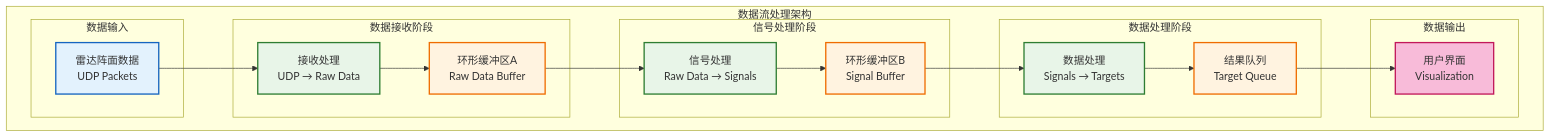
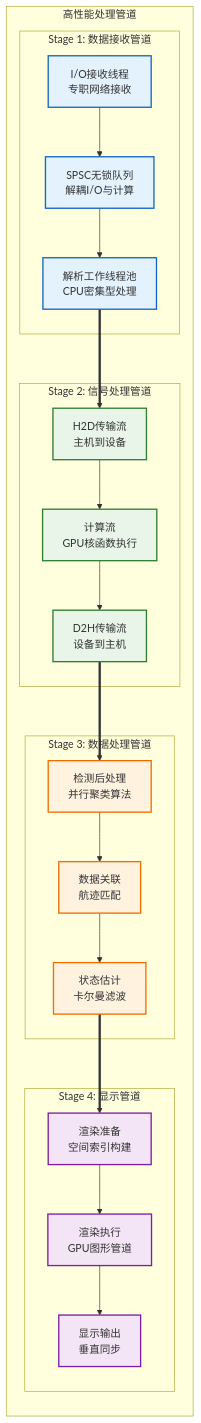
The eighth of 26 diagrams in docs/01_项目设计/01_项目设计/03_系统架构总览.md (wendizhou99-cell/Radar), drawn with Mermaid before and after one commit. The commit also changed other lines of this file and 27 other files, not shown here.

````diff
--- a/docs/01_项目设计/01_项目设计/03_系统架构总览.md
+++ b/docs/01_项目设计/01_项目设计/03_系统架构总览.md
@@ -270,48 +552,57 @@
 ```mermaid
-flowchart LR
-    subgraph "数据流处理架构"
-        direction LR
+graph TD
+    subgraph "高性能处理管道"
+        direction TB
 
-        subgraph "数据输入"
-            RADAR_INPUT[雷达阵面数据<br/>UDP Packets]
+        subgraph "Stage 1: 数据接收管道"
+            S1_IO[I/O接收线程<br/>专职网络接收]
+            S1_PARSE[解析工作线程池<br/>CPU密集型处理]
+            S1_QUEUE[SPSC无锁队列<br/>解耦I/O与计算]
+
+            S1_IO --> S1_QUEUE
+            S1_QUEUE --> S1_PARSE
         end
 
-        subgraph "数据接收阶段"
-            RECEIVE_STAGE[接收处理<br/>UDP → Raw Data]
-            BUFFER_A[环形缓冲区A<br/>Raw Data Buffer]
+        subgraph "Stage 2: 信号处理管道"
+            S2_H2D[H2D传输流<br/>主机到设备]
+            S2_COMPUTE[计算流<br/>GPU核函数执行]
+            S2_D2H[D2H传输流<br/>设备到主机]
+
+            S2_H2D --> S2_COMPUTE
+            S2_COMPUTE --> S2_D2H
         end
 
-        subgraph "信号处理阶段"
-            SIGNAL_STAGE[信号处理<br/>Raw Data → Signals]
-            BUFFER_B[环形缓冲区B<br/>Signal Buffer]
+        subgraph "Stage 3: 数据处理管道"
+            S3_CLUSTER[检测后处理<br/>并行聚类算法]
+            S3_ASSOC[数据关联<br/>航迹匹配]
+            S3_FILTER[状态估计<br/>卡尔曼滤波]
+
+            S3_CLUSTER --> S3_ASSOC
+            S3_ASSOC --> S3_FILTER
         end
 
-        subgraph "数据处理阶段"
-            DATA_STAGE[数据处理<br/>Signals → Targets]
-            RESULT_QUEUE[结果队列<br/>Target Queue]
+        subgraph "Stage 4: 显示管道"
+            S4_RENDER[渲染准备<br/>空间索引构建]
+            S4_DRAW[渲染执行<br/>GPU图形管道]
+            S4_PRESENT[显示输出<br/>垂直同步]
+
+            S4_RENDER --> S4_DRAW
+            S4_DRAW --> S4_PRESENT
         end
 
-        subgraph "数据输出"
-            DISPLAY_OUTPUT[用户界面<br/>Visualization]
-        end
-
-        %% 数据流向
-        RADAR_INPUT --> RECEIVE_STAGE
-        RECEIVE_STAGE --> BUFFER_A
-        BUFFER_A --> SIGNAL_STAGE
-        SIGNAL_STAGE --> BUFFER_B
-        BUFFER_B --> DATA_STAGE
-        DATA_STAGE --> RESULT_QUEUE
-        RESULT_QUEUE --> DISPLAY_OUTPUT
+        %% 管道间数据流
+        S1_PARSE ==> S2_H2D
+        S2_D2H ==> S3_CLUSTER
+        S3_FILTER ==> S4_RENDER
     end
 
-    classDef input fill:#e3f2fd,stroke:#1565c0,stroke-width:2px
-    classDef process fill:#e8f5e8,stroke:#2e7d32,stroke-width:2px
-    classDef buffer fill:#fff3e0,stroke:#ef6c00,stroke-width:2px
-    classDef output fill:#f8bbd9,stroke:#c2185b,stroke-width:2px
+    classDef stage1 fill:#e3f2fd,stroke:#1565c0,stroke-width:2px
+    classDef stage2 fill:#e8f5e8,stroke:#2e7d32,stroke-width:2px
+    classDef stage3 fill:#fff3e0,stroke:#ef6c00,stroke-width:2px
+    classDef stage4 fill:#f3e5f5,stroke:#7b1fa2,stroke-width:2px
 
-    class RADAR_INPUT input
-    class RECEIVE_STAGE,SIGNAL_STAGE,DATA_STAGE process
-    class BUFFER_A,BUFFER_B,RESULT_QUEUE buffer
-    class DISPLAY_OUTPUT output
+    class S1_IO,S1_PARSE,S1_QUEUE stage1
+    class S2_H2D,S2_COMPUTE,S2_D2H stage2
+    class S3_CLUSTER,S3_ASSOC,S3_FILTER stage3
+    class S4_RENDER,S4_DRAW,S4_PRESENT stage4
 ```
````
